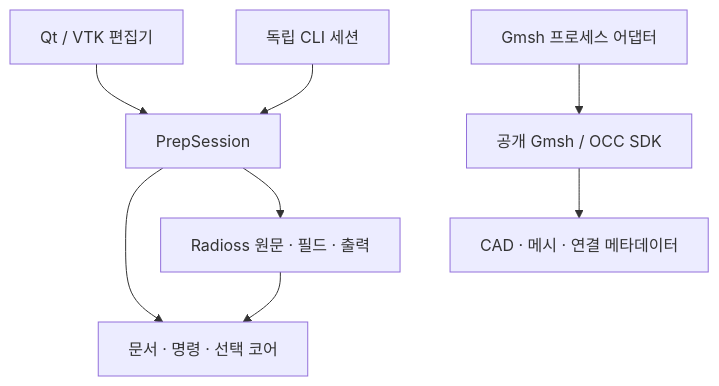
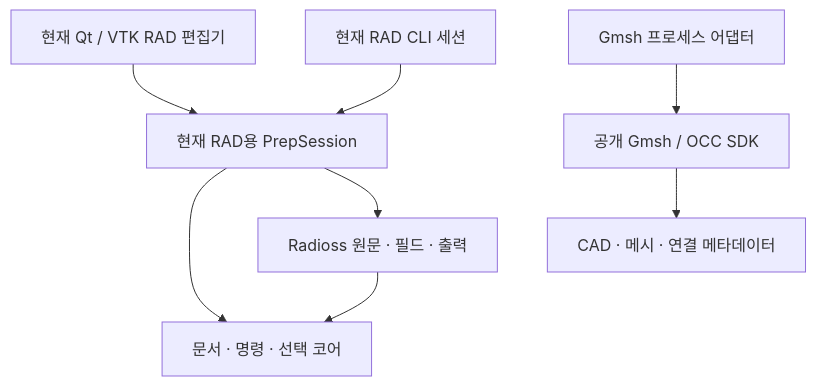
One commit to pikachu444/caelab-prep changed the diagram in ARCHITECTURE.md. Above: the diagram before and after it, drawn with Mermaid. The commit also changed other lines of this file and 3 other files, not shown here.

````diff
--- a/ARCHITECTURE.md
+++ b/ARCHITECTURE.md
@@ -13,10 +19,10 @@
 ```mermaid
 flowchart TB
-    GUI["Qt / VTK 편집기"] --> Session["PrepSession"]
-    CLI["독립 CLI 세션"] --> Session
+    GUI["현재 Qt / VTK RAD 편집기"] --> Session["현재 RAD용 PrepSession"]
+    CLI["현재 RAD CLI 세션"] --> Session
     Session --> Core["문서 · 명령 · 선택 코어"]
     Session --> RAD["Radioss 원문 · 필드 · 출력"]
     RAD --> Core
     CAD["Gmsh 프로세스 어댑터"] --> Worker["공개 Gmsh / OCC SDK"]
     Worker --> Assets["CAD · 메시 · 연결 메타데이터"]
 ```
````
